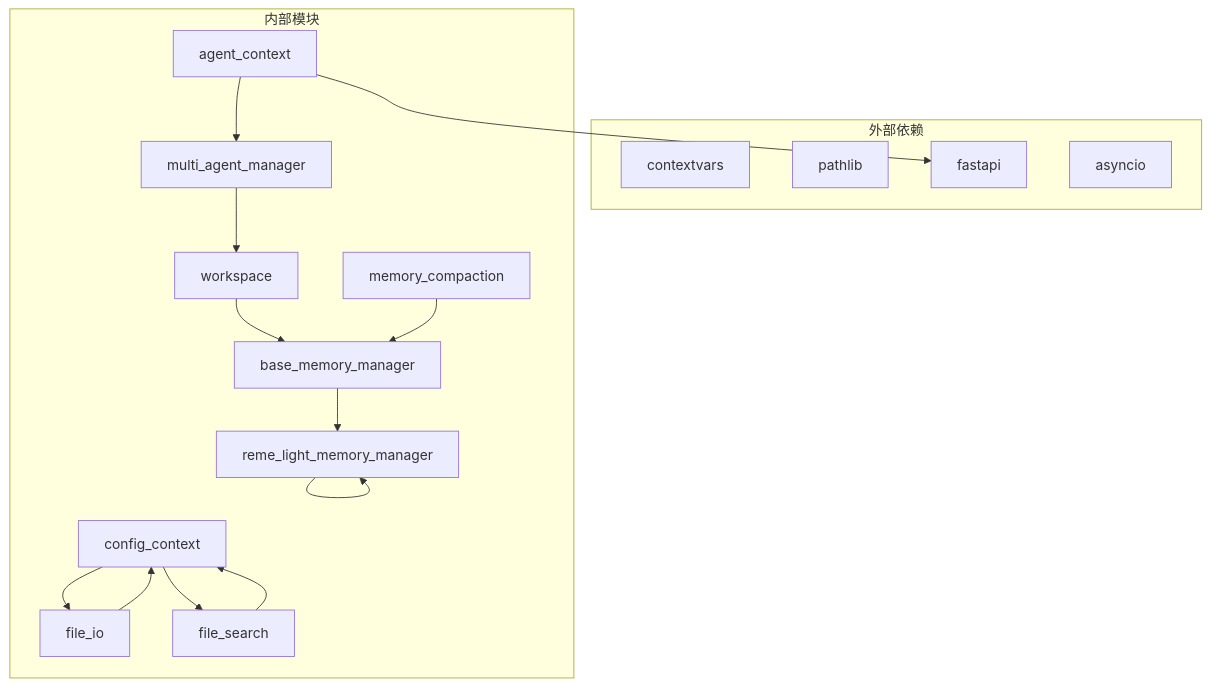
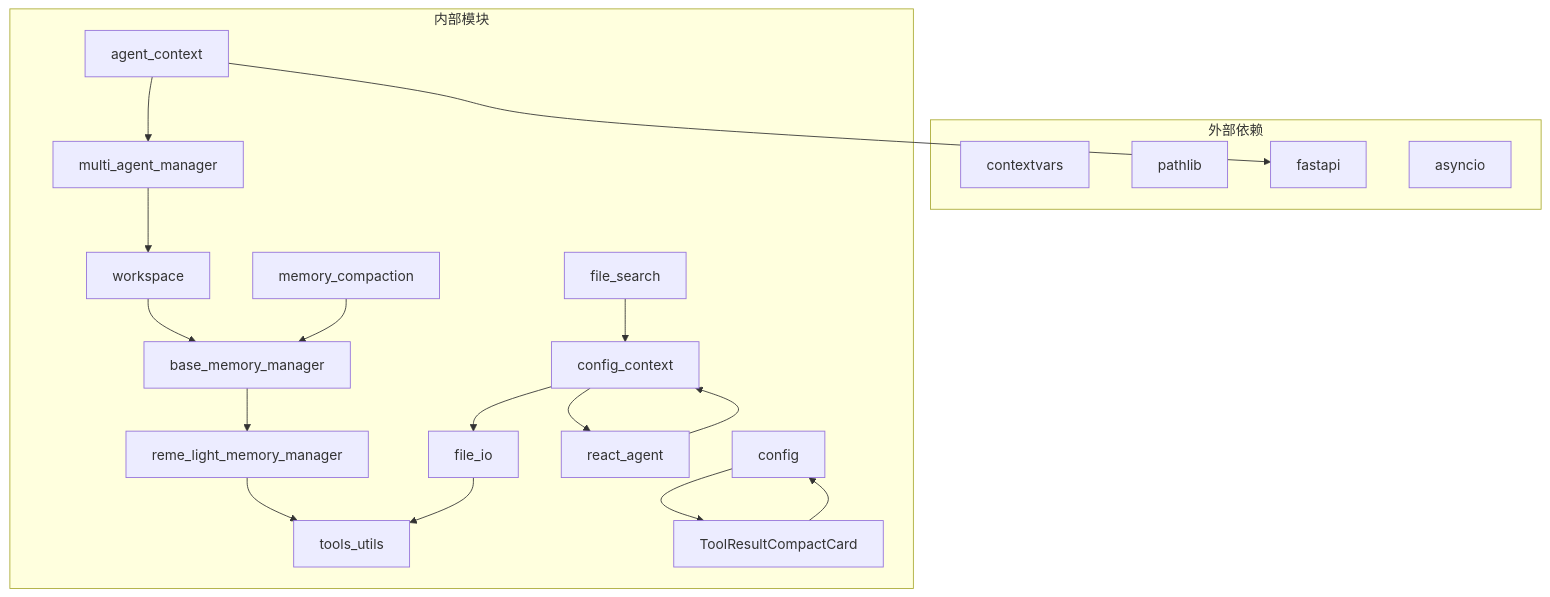
One commit to livehl/CoPaw changed the tenth of 10 diagrams in .qoder/repowiki/zh/content/后端核心模块/上下文管理重构.md. Above: the diagram before and after it, drawn with Mermaid. The commit also changed other lines of this file and 12 other files, not shown here.

````diff
--- a/.qoder/repowiki/zh/content/后端核心模块/上下文管理重构.md
+++ b/.qoder/repowiki/zh/content/后端核心模块/上下文管理重构.md
@@ -333,31 +413,38 @@
 ```mermaid
 graph TB
 subgraph "外部依赖"
 CV[contextvars]
 PATH[pathlib]
 FASTAPI[fastapi]
 ASYNCIO[asyncio]
 end
 subgraph "内部模块"
 AC[agent_context]
 CTX[config_context]
 MM[multi_agent_manager]
 WS[workspace]
 MC[memory_compaction]
 BM[base_memory_manager]
 RM[reme_light_memory_manager]
 FI[file_io]
 FS[file_search]
+TU[tools_utils]
+RA[react_agent]
+CFG[config]
+TRCC[ToolResultCompactCard]
 end
 AC --> FASTAPI
 AC --> MM
 MM --> WS
 WS --> BM
 BM --> RM
 CTX --> FI
-CTX --> FS
+CTX --> RA
+CFG --> TRCC
 MC --> BM
-RM --> RM
-FI --> CTX
+RM --> TU
+FI --> TU
 FS --> CTX
+RA --> CTX
+TRCC --> CFG
 ```
````
